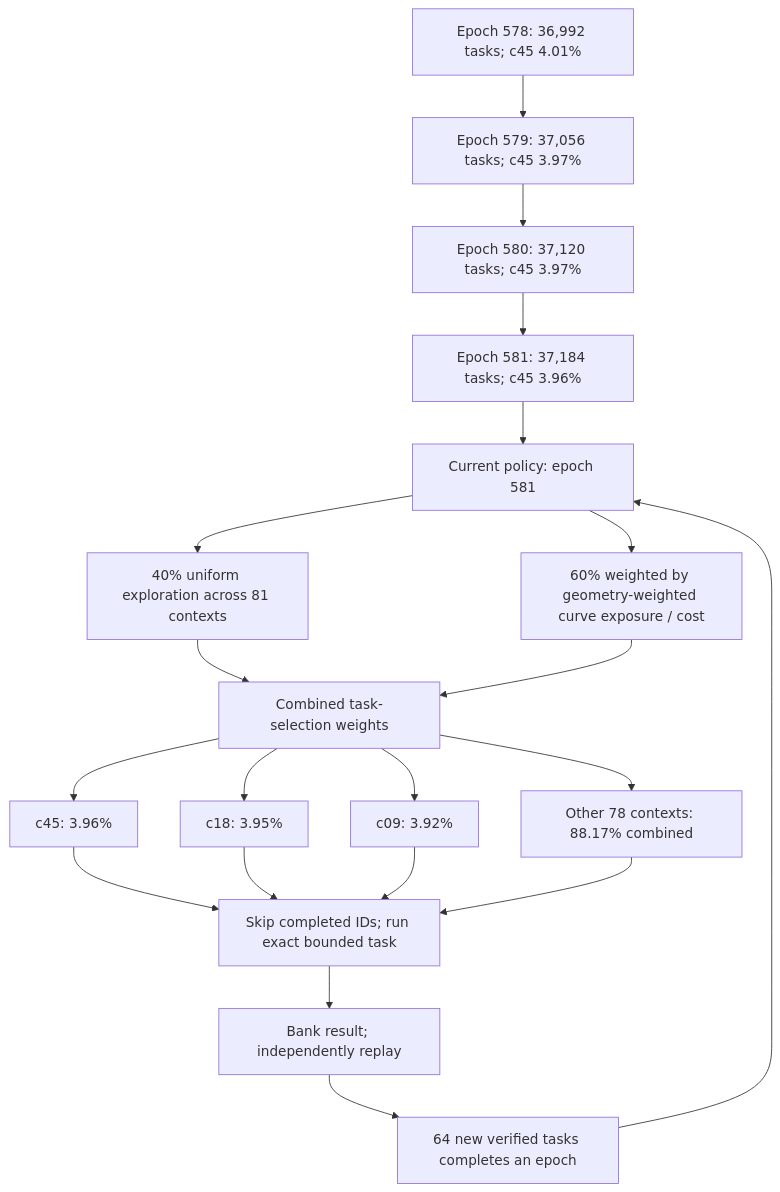
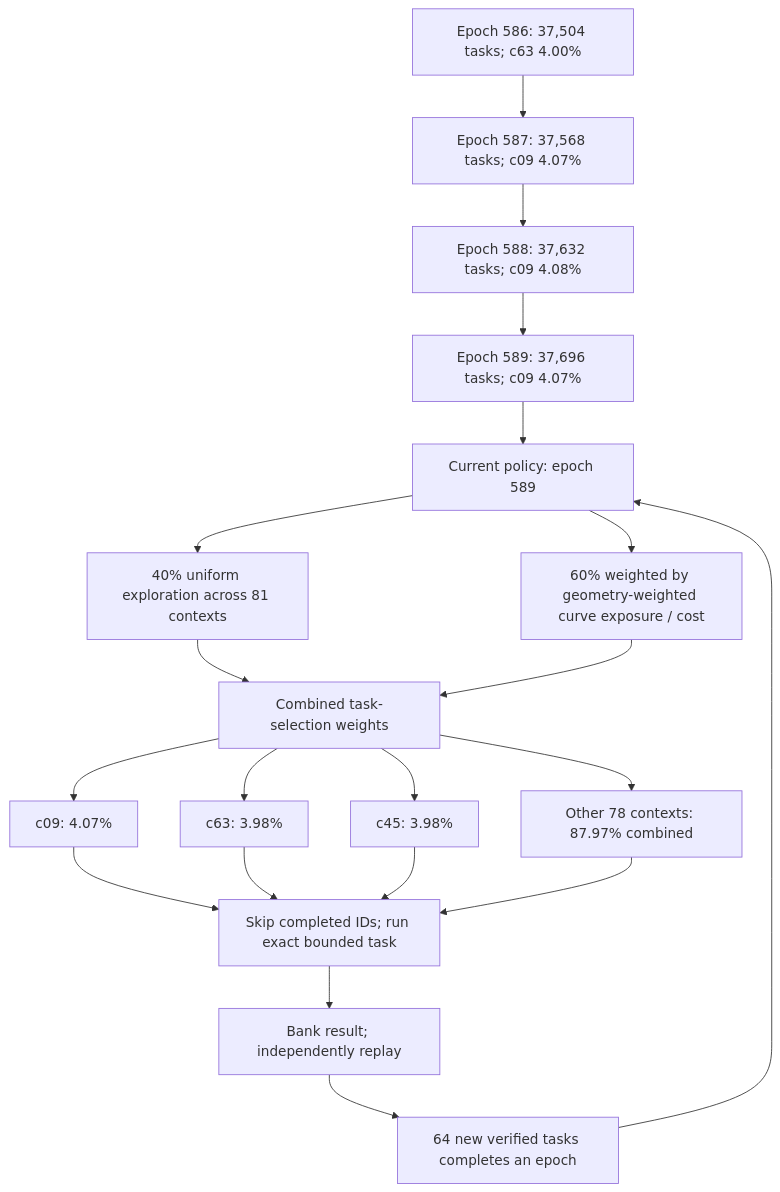
One commit to Kuberwastaken/math-gambling changed the first of 3 diagrams in README.md. Above: the diagram before and after it, drawn with Mermaid. The commit also changed other lines of this file and 1137 other files, not shown here.

````diff
--- a/README.md
+++ b/README.md
@@ -55,27 +55,27 @@
 ```mermaid
 flowchart TD
-    H0["Epoch 578: 36,992 tasks; c45 4.01%"]
-    H1["Epoch 579: 37,056 tasks; c45 3.97%"]
+    H0["Epoch 586: 37,504 tasks; c63 4.00%"]
+    H1["Epoch 587: 37,568 tasks; c09 4.07%"]
     H0 --> H1
-    H2["Epoch 580: 37,120 tasks; c45 3.97%"]
+    H2["Epoch 588: 37,632 tasks; c09 4.08%"]
     H1 --> H2
-    H3["Epoch 581: 37,184 tasks; c45 3.96%"]
+    H3["Epoch 589: 37,696 tasks; c09 4.07%"]
     H2 --> H3
-    Policy["Current policy: epoch 581"]
+    Policy["Current policy: epoch 589"]
     H3 --> Policy
     Policy --> Explore["40% uniform exploration across 81 contexts"]
     Policy --> Cost["60% weighted by geometry-weighted curve exposure / cost"]
     Explore --> Mix["Combined task-selection weights"]
     Cost --> Mix
-    Mix --> C0["c45: 3.96%"]
-    Mix --> C1["c18: 3.95%"]
-    Mix --> C2["c09: 3.92%"]
-    Mix --> Rest["Other 78 contexts: 88.17% combined"]
+    Mix --> C0["c09: 4.07%"]
+    Mix --> C1["c63: 3.98%"]
+    Mix --> C2["c45: 3.98%"]
+    Mix --> Rest["Other 78 contexts: 87.97% combined"]
     C0 --> Check["Skip completed IDs; run exact bounded task"]
     C1 --> Check
     C2 --> Check
     Rest --> Check
     Check --> Replay["Bank result; independently replay"]
     Replay --> Gate["64 new verified tasks completes an epoch"]
     Gate --> Policy
 ```
````
